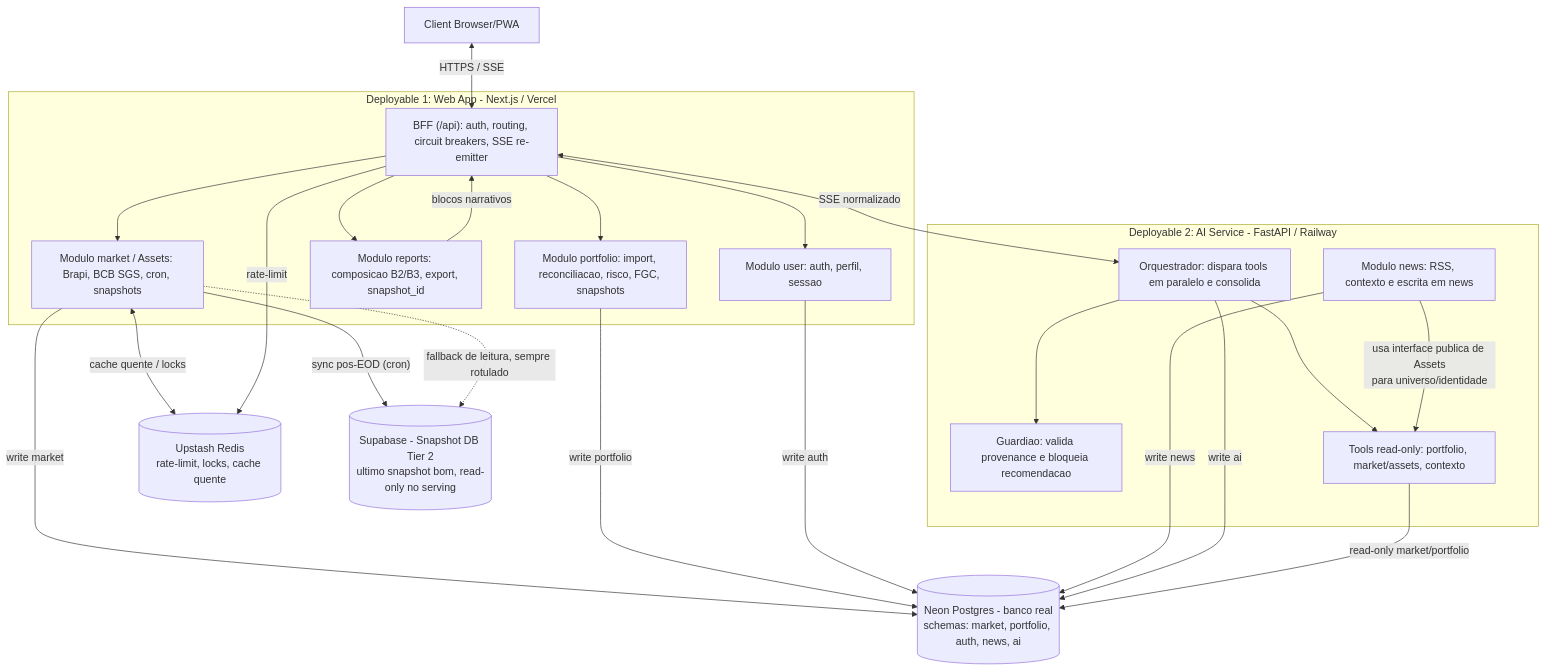
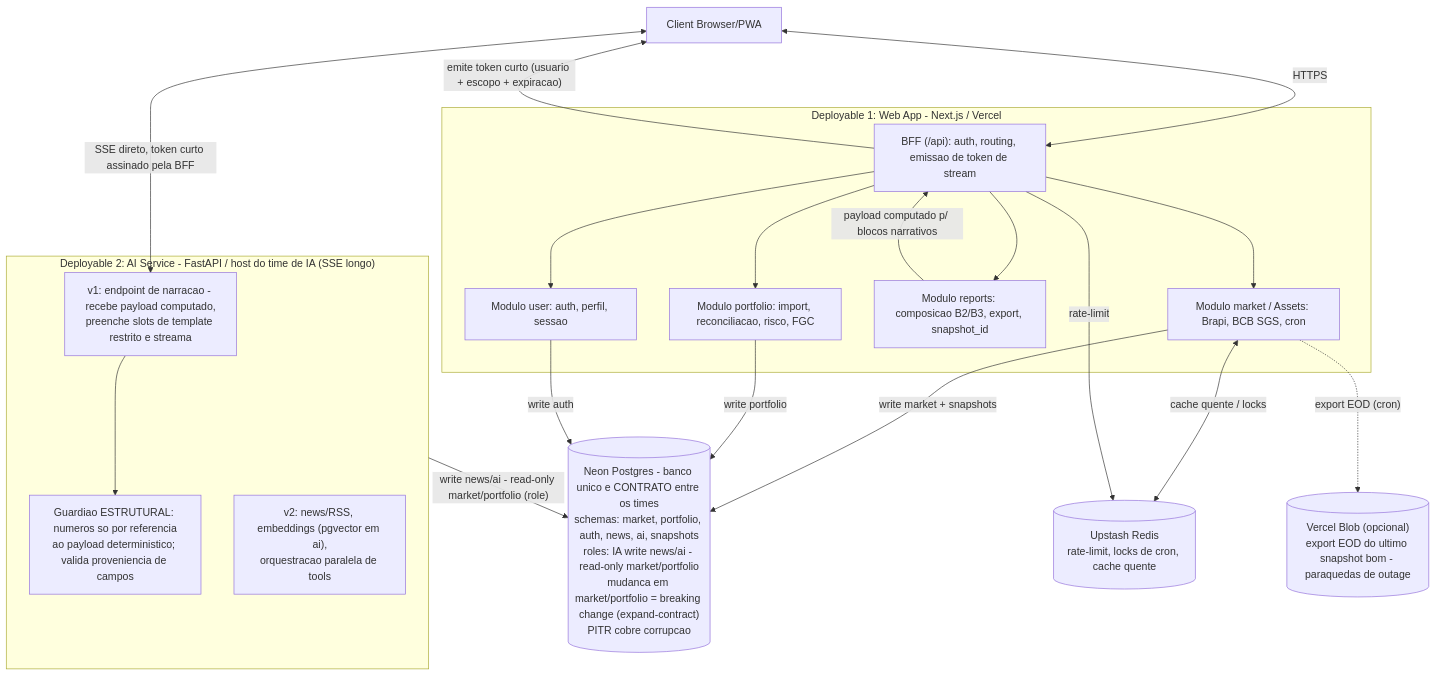
The diagram in docs/diagrams/arquitetura-alvo.mmd (BullCap/BullCapital), drawn with Mermaid before and after one commit. The commit also changed 5 other files, not shown here.

First line of the commit message:
docs(arquitetura): READMEs, diagramas e plano refletem a stack final

```diff
--- a/docs/diagrams/arquitetura-alvo.mmd
+++ b/docs/diagrams/arquitetura-alvo.mmd
@@ -1,47 +1,41 @@
 flowchart TB
   client["Client Browser/PWA"]
 
   subgraph web["Deployable 1: Web App - Next.js / Vercel"]
-    bff["BFF (/api): auth, routing, circuit breakers, SSE re-emitter"]
-    market["Modulo market / Assets: Brapi, BCB SGS, cron, snapshots"]
-    portfolio["Modulo portfolio: import, reconciliacao, risco, FGC, snapshots"]
+    bff["BFF (/api): auth, routing, emissao de token de stream"]
+    market["Modulo market / Assets: Brapi, BCB SGS, cron"]
+    portfolio["Modulo portfolio: import, reconciliacao, risco, FGC"]
     reports["Modulo reports: composicao B2/B3, export, snapshot_id"]
     user["Modulo user: auth, perfil, sessao"]
   end
 
-  subgraph ai["Deployable 2: AI Service - FastAPI / Railway"]
-    orchestrator["Orquestrador: dispara tools em paralelo e consolida"]
-    guardian["Guardiao: valida provenance e bloqueia recomendacao"]
-    tools["Tools read-only: portfolio, market/assets, contexto"]
-    news["Modulo news: RSS, contexto e escrita em news"]
+  subgraph ai["Deployable 2: AI Service - FastAPI / host do time de IA (SSE longo)"]
+    narrator["v1: endpoint de narracao - recebe payload computado,\npreenche slots de template restrito e streama"]
+    guardian["Guardiao ESTRUTURAL: numeros so por referencia\nao payload deterministico; valida proveniencia de campos"]
+    v2["v2: news/RSS, embeddings (pgvector em ai),\norquestracao paralela de tools"]
   end
 
-  neon[("Neon Postgres - banco real\nschemas: market, portfolio, auth, news, ai")]
-  redis[("Upstash Redis\nrate-limit, locks, cache quente")]
-  supabase[("Supabase - Snapshot DB Tier 2\nultimo snapshot bom, read-only no serving")]
+  neon[("Neon Postgres - banco unico e CONTRATO entre os times\nschemas: market, portfolio, auth, news, ai, snapshots\nroles: IA write news/ai - read-only market/portfolio\nmudanca em market/portfolio = breaking change (expand-contract)\nPITR cobre corrupcao")]
+  redis[("Upstash Redis\nrate-limit, locks de cron, cache quente")]
+  blob[("Vercel Blob (opcional)\nexport EOD do ultimo snapshot bom - paraquedas de outage")]
 
-  client <-->|"HTTPS / SSE"| bff
-  bff <-->|"SSE normalizado"| orchestrator
+  client <-->|"HTTPS"| bff
+  client <-->|"SSE direto, token curto assinado pela BFF"| narrator
+  bff -->|"emite token curto (usuario + escopo + expiracao)"| client
 
   bff --> market
   bff --> portfolio
   bff --> reports
   bff --> user
 
-  reports -->|"blocos narrativos"| bff
-  orchestrator --> tools
-  orchestrator --> guardian
-  news -->|"usa interface publica de Assets\npara universo/identidade"| tools
+  narrator --> guardian
+  reports -->|"payload computado p/ blocos narrativos"| bff
 
-  market -->|"write market"| neon
+  market -->|"write market + snapshots"| neon
   portfolio -->|"write portfolio"| neon
   user -->|"write auth"| neon
-  news -->|"write news"| neon
-  orchestrator -->|"write ai"| neon
-  tools -->|"read-only market/portfolio"| neon
+  ai -->|"write news/ai - read-only market/portfolio (role)"| neon
 
   market <-->|"cache quente / locks"| redis
   bff -->|"rate-limit"| redis
-
-  market -->|"sync pos-EOD (cron)"| supabase
-  market -.->|"fallback de leitura, sempre rotulado"| supabase
+  market -.->|"export EOD (cron)"| blob
```
